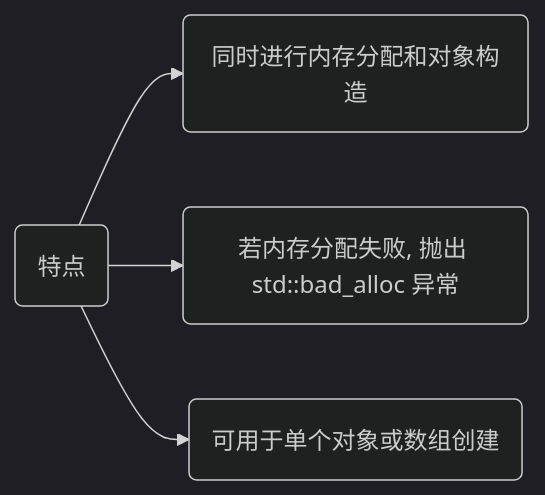
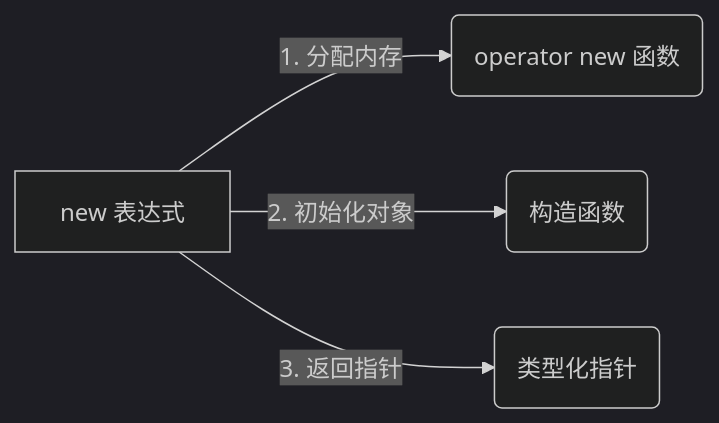
One commit to dmjcb/dmjcb.github.io changed the first of 3 diagrams in _posts/c_c++/c++/2024-09-21-new.md. Above: the diagram before and after it, drawn with Mermaid (dark theme). The commit also changed other lines of this file and 22 other files, not shown here.

````diff
--- a/_posts/c_c++/c++/2024-09-21-new.md
+++ b/_posts/c_c++/c++/2024-09-21-new.md
@@ -21,7 +27,6 @@
 ```mermaid
 graph LR;
-    A(特点)
-    A-->B(同时进行内存分配和对象构造)
-    A-->C(若内存分配失败, 抛出 std::bad_alloc 异常)
-    A-->D(可用于单个对象或数组创建)
+    A[new 表达式] -->|1. 分配内存| B(operator new 函数)
+    A -->|2. 初始化对象| C(构造函数)
+    A -->|3. 返回指针| D(类型化指针)
 ```
````
